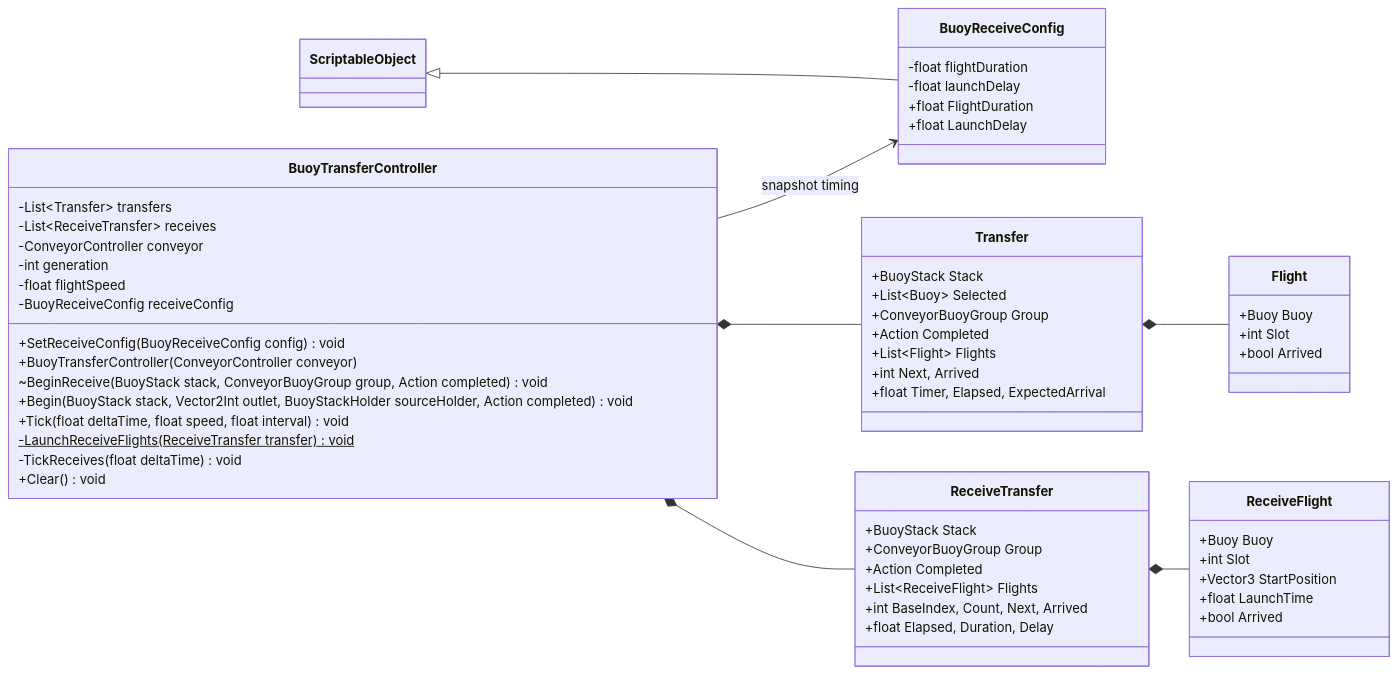
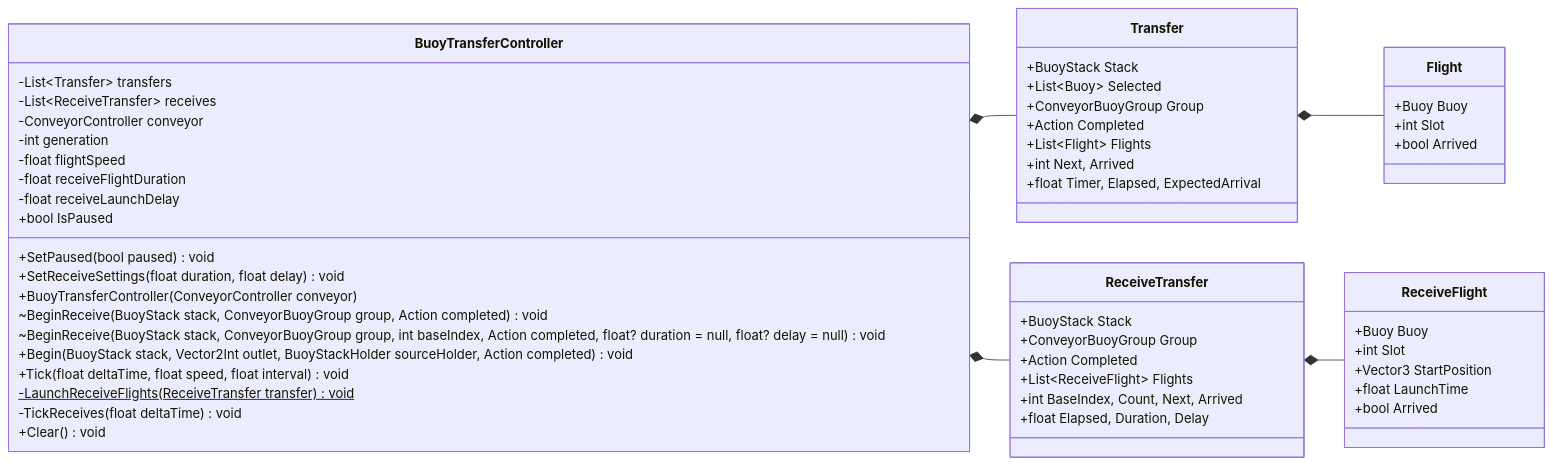
The sixth of 8 diagrams in Docs/ClassDiagram.md (nchuoi2443/WaterConveyorSort), drawn with Mermaid before and after one commit. The commit also changed other lines of this file and 34 other files, not shown here.

````diff
--- a/Docs/ClassDiagram.md
+++ b/Docs/ClassDiagram.md
@@ -811,61 +996,57 @@
 ```mermaid
 classDiagram
 direction LR
-class BuoyReceiveConfig {
-    -float flightDuration
-    -float launchDelay
-    +float FlightDuration
-    +float LaunchDelay
-}
-ScriptableObject <|-- BuoyReceiveConfig
 class BuoyTransferController {
     -List~Transfer~ transfers
     -List~ReceiveTransfer~ receives
     -ConveyorController conveyor
     -int generation
     -float flightSpeed
-    -BuoyReceiveConfig receiveConfig
-    +SetReceiveConfig(BuoyReceiveConfig config) void
+    -float receiveFlightDuration
+    -float receiveLaunchDelay
+    +bool IsPaused
+    +SetPaused(bool paused) void
+    +SetReceiveSettings(float duration, float delay) void
     +BuoyTransferController(ConveyorController conveyor)
     ~BeginReceive(BuoyStack stack, ConveyorBuoyGroup group, Action completed) void
+    ~BeginReceive(BuoyStack stack, ConveyorBuoyGroup group, int baseIndex, Action completed, float? duration = null, float? delay = null) void
     +Begin(BuoyStack stack, Vector2Int outlet, BuoyStackHolder sourceHolder, Action completed) void
     +Tick(float deltaTime, float speed, float interval) void
     -LaunchReceiveFlights(ReceiveTransfer transfer) void$
     -TickReceives(float deltaTime) void
     +Clear() void
 }
 class Transfer {
     +BuoyStack Stack
     +List~Buoy~ Selected
     +ConveyorBuoyGroup Group
     +Action Completed
     +List~Flight~ Flights
     +int Next, Arrived
     +float Timer, Elapsed, ExpectedArrival
 }
 class ReceiveTransfer {
     +BuoyStack Stack
     +ConveyorBuoyGroup Group
     +Action Completed
     +List~ReceiveFlight~ Flights
     +int BaseIndex, Count, Next, Arrived
     +float Elapsed, Duration, Delay
 }
 class ReceiveFlight {
     +Buoy Buoy
     +int Slot
     +Vector3 StartPosition
     +float LaunchTime
     +bool Arrived
 }
 class Flight {
     +Buoy Buoy
     +int Slot
     +bool Arrived
 }
-BuoyTransferController --> BuoyReceiveConfig : snapshot timing
 BuoyTransferController *-- Transfer
 BuoyTransferController *-- ReceiveTransfer
 Transfer *-- Flight
 ReceiveTransfer *-- ReceiveFlight
 ```
````
